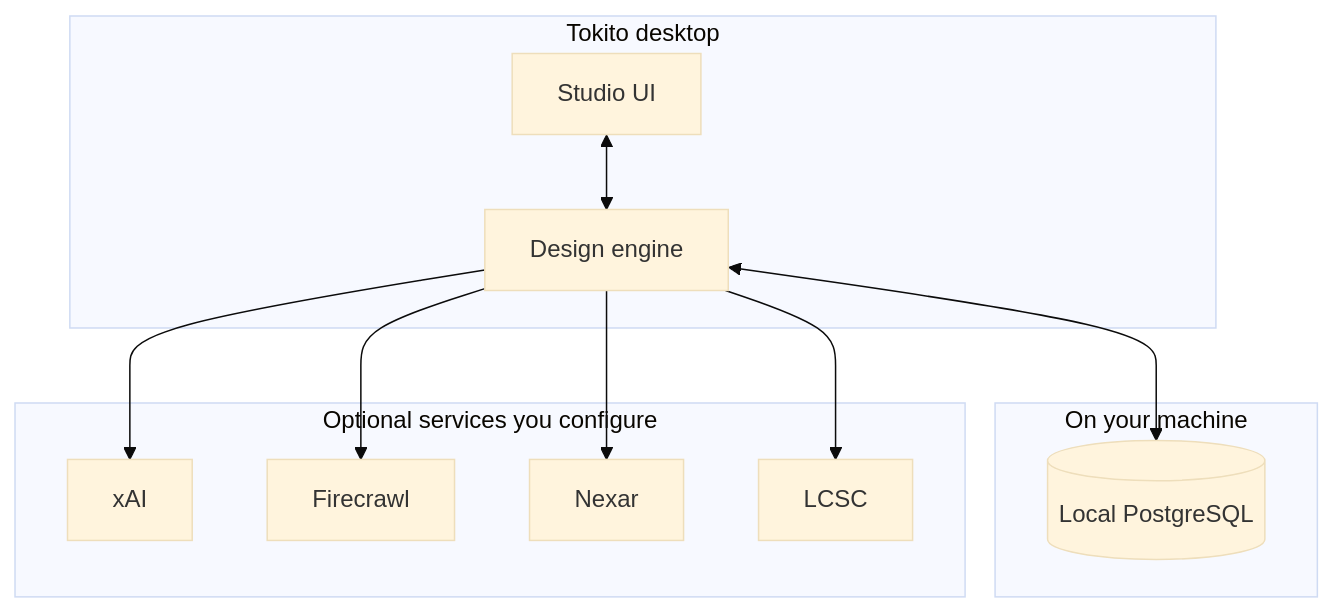
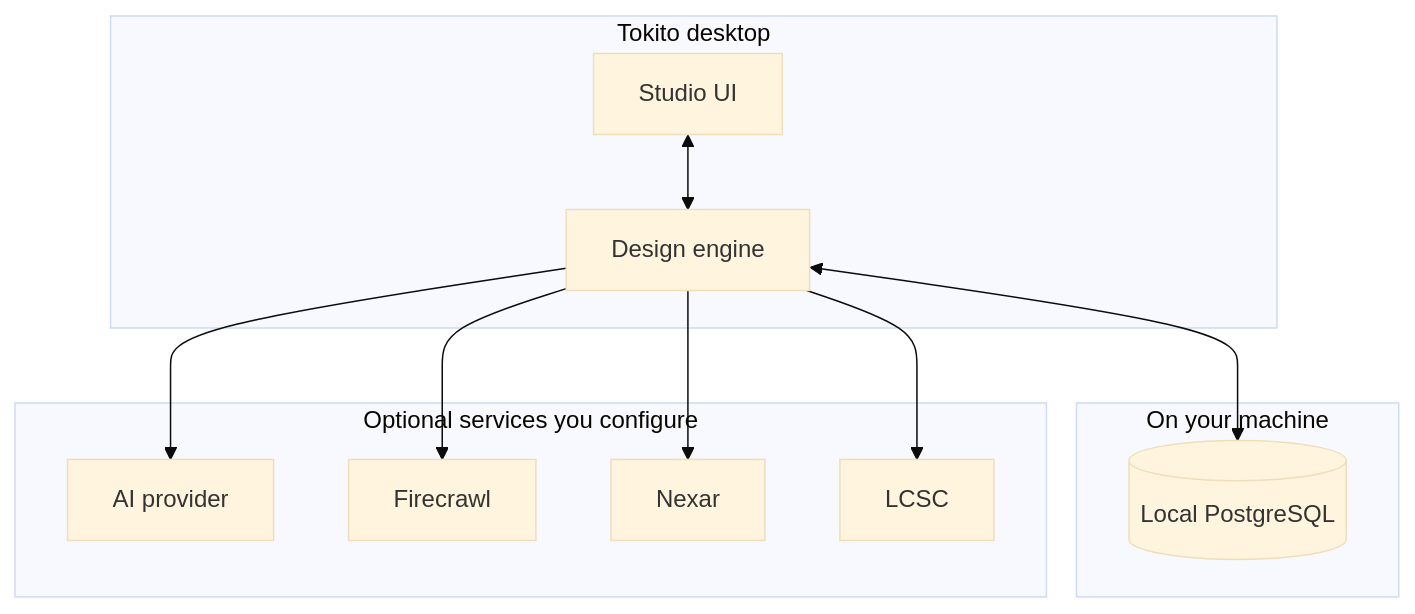
One commit to Afnanksalal/tokito changed the first of 2 diagrams in docs/ARCHITECTURE.md. Above: the diagram before and after it, drawn with Mermaid (base theme). The commit also changed other lines of this file and 92 other files, not shown here.

````diff
--- a/docs/ARCHITECTURE.md
+++ b/docs/ARCHITECTURE.md
@@ -15,22 +15,22 @@
 ```mermaid
 flowchart TB
   subgraph app[Tokito desktop]
     UI[Studio UI]
     ENG[Design engine]
   end
   subgraph local[On your machine]
     DB[(Local PostgreSQL)]
   end
   subgraph external[Optional services you configure]
-    X[xAI]
+    A[AI provider]
     F[Firecrawl]
     N[Nexar]
     L[LCSC]
   end
   UI <--> ENG
   ENG <--> DB
-  ENG --> X
+  ENG --> A
   ENG --> F
   ENG --> N
   ENG --> L
 ```
````
